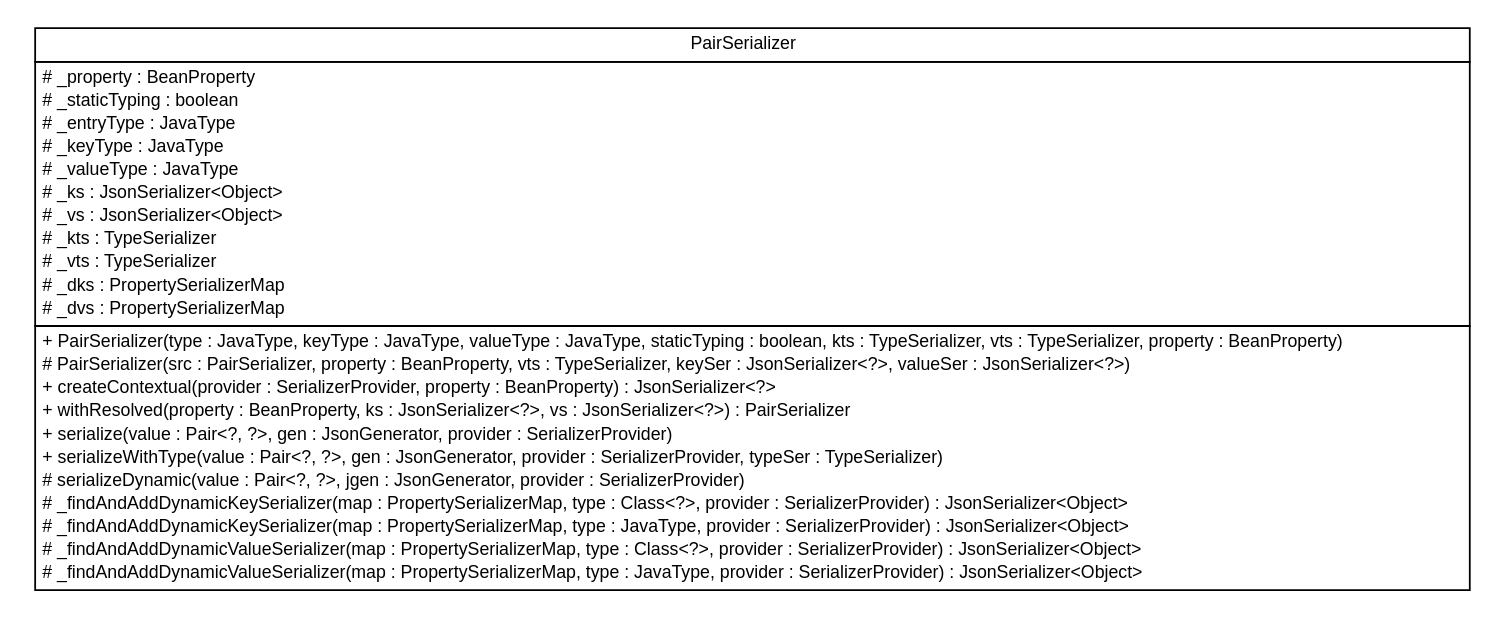
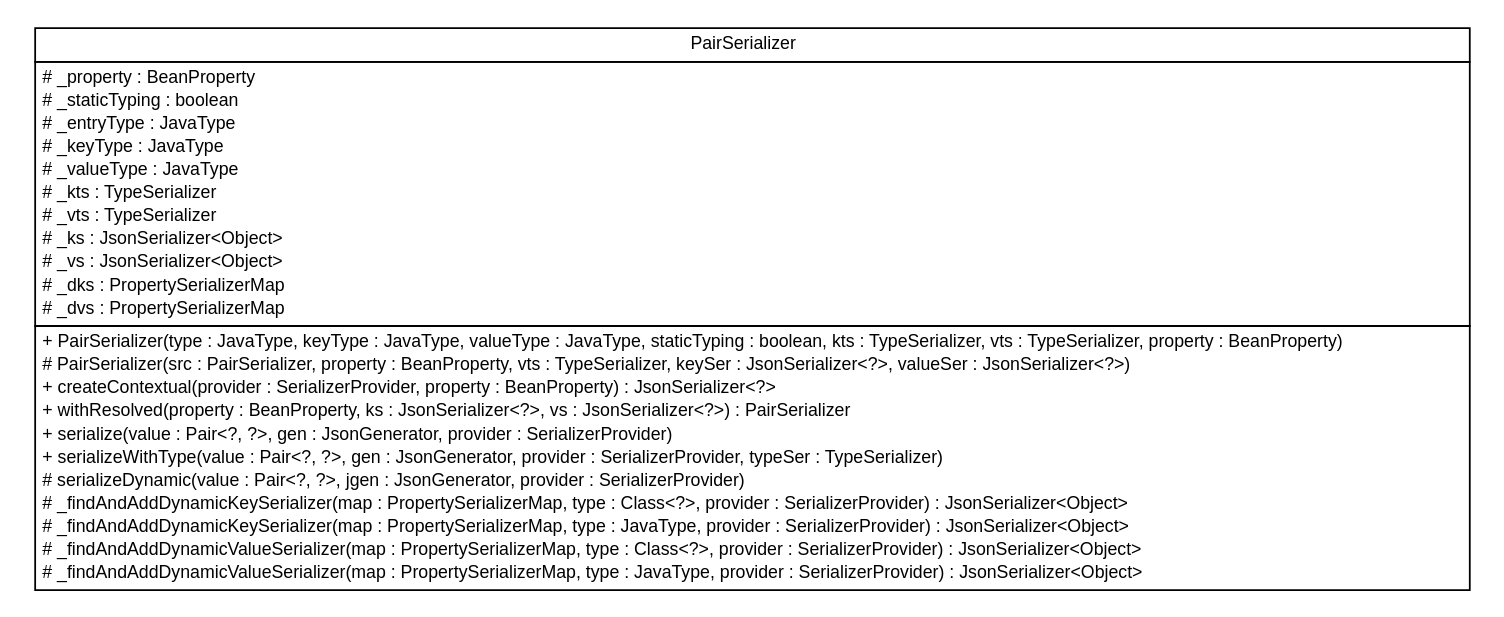
One commit to cloud-ready/cloud-ready changed the diagram in snapshot/build-docker/cloud-ready-parent/spring-boot-jackson2/spring-boot-jackson2-apache-commons/apidocs/top/infra/jackson2/ser/top.infra.jackson2.ser.dot. Above: the diagram before and after it, drawn with Graphviz. The commit also changed other lines of this file and 55 other files, not shown here.

```diff
--- a/snapshot/build-docker/cloud-ready-parent/spring-boot-jackson2/spring-boot-jackson2-apache-commons/apidocs/top/infra/jackson2/ser/top.infra.jackson2.ser.dot
+++ b/snapshot/build-docker/cloud-ready-parent/spring-boot-jackson2/spring-boot-jackson2-apache-commons/apidocs/top/infra/jackson2/ser/top.infra.jackson2.ser.dot
@@ -1,44 +1,44 @@
 #!/usr/local/bin/dot
 #
 # Class diagram 
 # Generated by UMLGraph version R5_6-24-gf6e263 (http://www.umlgraph.org/)
 #
 
 digraph G {
 	edge [fontname="Helvetica",fontsize=10,labelfontname="Helvetica",labelfontsize=10];
 	node [fontname="Helvetica",fontsize=10,shape=plaintext];
 	nodesep=0.25;
 	ranksep=0.5;
 	// top.infra.jackson2.ser.PairSerializer
 	c16 [label=<<table title="top.infra.jackson2.ser.PairSerializer" border="0" cellborder="1" cellspacing="0" cellpadding="2" port="p" href="./PairSerializer.html">
 		<tr><td><table border="0" cellspacing="0" cellpadding="1">
 <tr><td align="center" balign="center"> PairSerializer </td></tr>
 		</table></td></tr>
 		<tr><td><table border="0" cellspacing="0" cellpadding="1">
 <tr><td align="left" balign="left"> # _property : BeanProperty </td></tr>
 <tr><td align="left" balign="left"> # _staticTyping : boolean </td></tr>
 <tr><td align="left" balign="left"> # _entryType : JavaType </td></tr>
 <tr><td align="left" balign="left"> # _keyType : JavaType </td></tr>
 <tr><td align="left" balign="left"> # _valueType : JavaType </td></tr>
+<tr><td align="left" balign="left"> # _kts : TypeSerializer </td></tr>
+<tr><td align="left" balign="left"> # _vts : TypeSerializer </td></tr>
 <tr><td align="left" balign="left"> # _ks : JsonSerializer&lt;Object&gt; </td></tr>
 <tr><td align="left" balign="left"> # _vs : JsonSerializer&lt;Object&gt; </td></tr>
-<tr><td align="left" balign="left"> # _kts : TypeSerializer </td></tr>
-<tr><td align="left" balign="left"> # _vts : TypeSerializer </td></tr>
 <tr><td align="left" balign="left"> # _dks : PropertySerializerMap </td></tr>
 <tr><td align="left" balign="left"> # _dvs : PropertySerializerMap </td></tr>
 		</table></td></tr>
 		<tr><td><table border="0" cellspacing="0" cellpadding="1">
 <tr><td align="left" balign="left"> + PairSerializer(type : JavaType, keyType : JavaType, valueType : JavaType, staticTyping : boolean, kts : TypeSerializer, vts : TypeSerializer, property : BeanProperty) </td></tr>
 <tr><td align="left" balign="left"> # PairSerializer(src : PairSerializer, property : BeanProperty, vts : TypeSerializer, keySer : JsonSerializer&lt;?&gt;, valueSer : JsonSerializer&lt;?&gt;) </td></tr>
 <tr><td align="left" balign="left"> + createContextual(provider : SerializerProvider, property : BeanProperty) : JsonSerializer&lt;?&gt; </td></tr>
 <tr><td align="left" balign="left"> + withResolved(property : BeanProperty, ks : JsonSerializer&lt;?&gt;, vs : JsonSerializer&lt;?&gt;) : PairSerializer </td></tr>
 <tr><td align="left" balign="left"> + serialize(value : Pair&lt;?, ?&gt;, gen : JsonGenerator, provider : SerializerProvider) </td></tr>
 <tr><td align="left" balign="left"> + serializeWithType(value : Pair&lt;?, ?&gt;, gen : JsonGenerator, provider : SerializerProvider, typeSer : TypeSerializer) </td></tr>
 <tr><td align="left" balign="left"> # serializeDynamic(value : Pair&lt;?, ?&gt;, jgen : JsonGenerator, provider : SerializerProvider) </td></tr>
 <tr><td align="left" balign="left"> # _findAndAddDynamicKeySerializer(map : PropertySerializerMap, type : Class&lt;?&gt;, provider : SerializerProvider) : JsonSerializer&lt;Object&gt; </td></tr>
 <tr><td align="left" balign="left"> # _findAndAddDynamicKeySerializer(map : PropertySerializerMap, type : JavaType, provider : SerializerProvider) : JsonSerializer&lt;Object&gt; </td></tr>
 <tr><td align="left" balign="left"> # _findAndAddDynamicValueSerializer(map : PropertySerializerMap, type : Class&lt;?&gt;, provider : SerializerProvider) : JsonSerializer&lt;Object&gt; </td></tr>
 <tr><td align="left" balign="left"> # _findAndAddDynamicValueSerializer(map : PropertySerializerMap, type : JavaType, provider : SerializerProvider) : JsonSerializer&lt;Object&gt; </td></tr>
 		</table></td></tr>
 		</table>>, URL="./PairSerializer.html", fontname="Helvetica", fontcolor="black", fontsize=10.0];
 }
```
